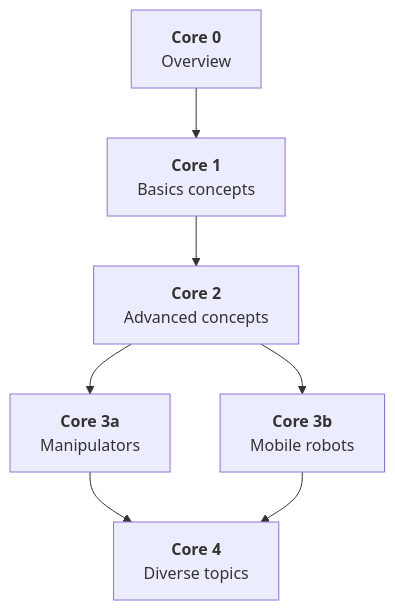
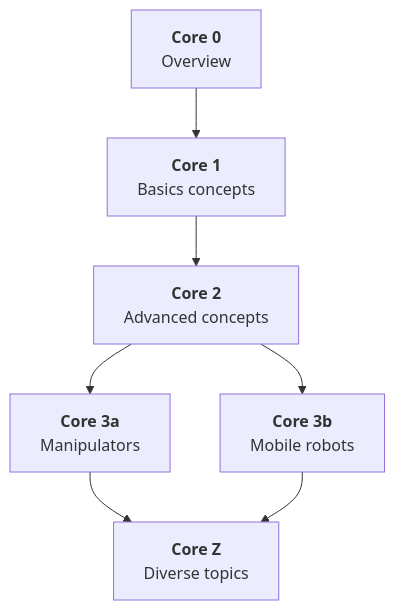
The diagram in docs/index.md (roboclubdtu/ros2-prj), drawn with Mermaid before and after one commit. The commit also changed 10 other files, not shown here.

````diff
--- a/docs/index.md
+++ b/docs/index.md
@@ -5,9 +5,9 @@
 ``` mermaid
 graph TD;
   A[<b>Core 0</b>\nOverview] --> B[<b>Core 1</b>\nBasics concepts]
   B --> C[<b>Core 2</b>\nAdvanced concepts]
   C --> D1[<b>Core 3a</b>\nManipulators]
-  D1 --> Z[<b>Core 4</b>\nDiverse topics]
+  D1 --> Z[<b>Core Z</b>\nDiverse topics]
   C --> D2[<b>Core 3b</b>\nMobile robots]
   D2 --> Z
 ```
````
